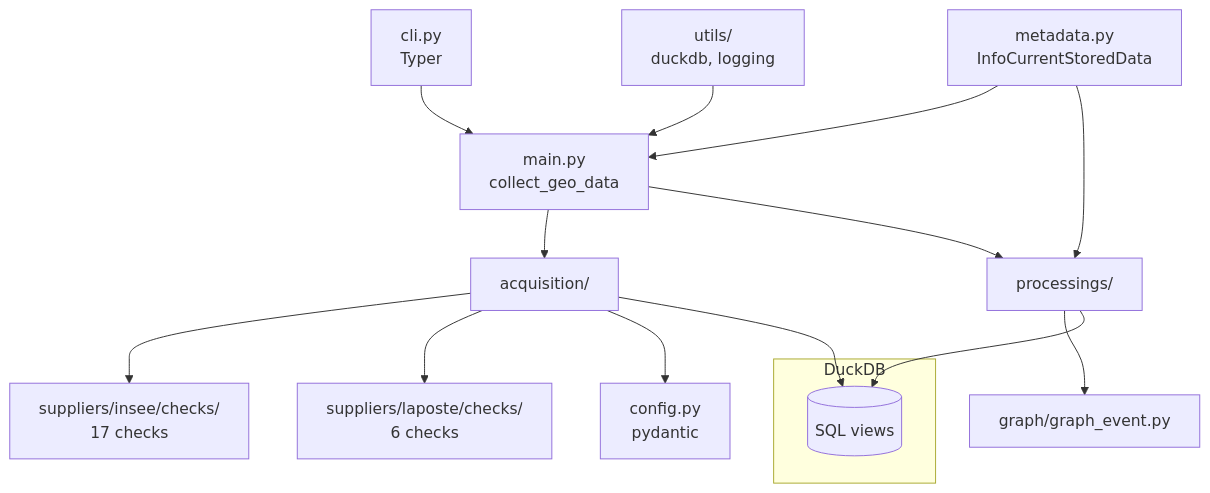
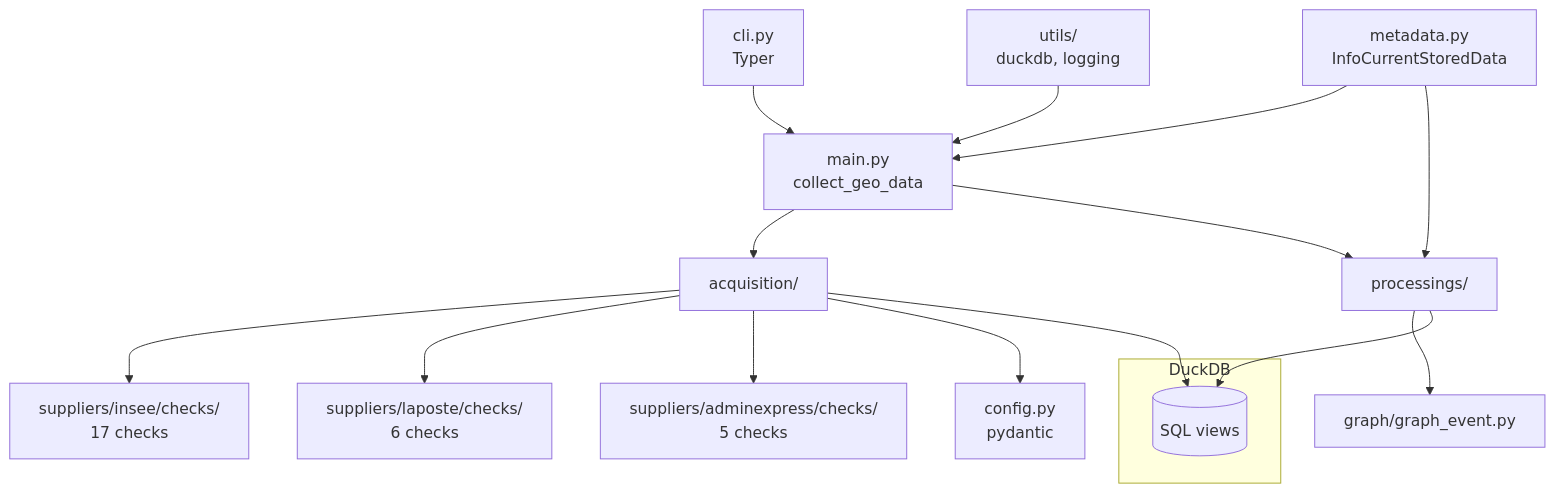
One commit to stroppycow/geo-collect changed the first of 2 diagrams in docs/explanation/architecture.md. Above: the diagram before and after it, drawn with Mermaid. The commit also changed other lines of this file and 48 other files, not shown here.

````diff
--- a/docs/explanation/architecture.md
+++ b/docs/explanation/architecture.md
@@ -8,18 +8,19 @@
 ```mermaid
 flowchart TB
     CLI[cli.py<br/>Typer] --> MAIN[main.py<br/>collect_geo_data]
     MAIN --> ACQ[acquisition/]
     MAIN --> PROC[processings/]
     PROC --> GRAPH[graph/graph_event.py]
     ACQ --> CHECKS_INSEE[suppliers/insee/checks/<br/>17 checks]
     ACQ --> CHECKS_LAPOSTE[suppliers/laposte/checks/<br/>6 checks]
+    ACQ --> CHECKS_IGN[suppliers/adminexpress/checks/<br/>5 checks]
     ACQ --> CONFIG[config.py<br/>pydantic]
     UTILS[utils/<br/>duckdb, logging] --> MAIN
     META[metadata.py<br/>InfoCurrentStoredData] --> MAIN
     META --> PROC
     subgraph DuckDB
         V[(SQL views)]
     end
     ACQ --> V
     PROC --> V
 ```
````
